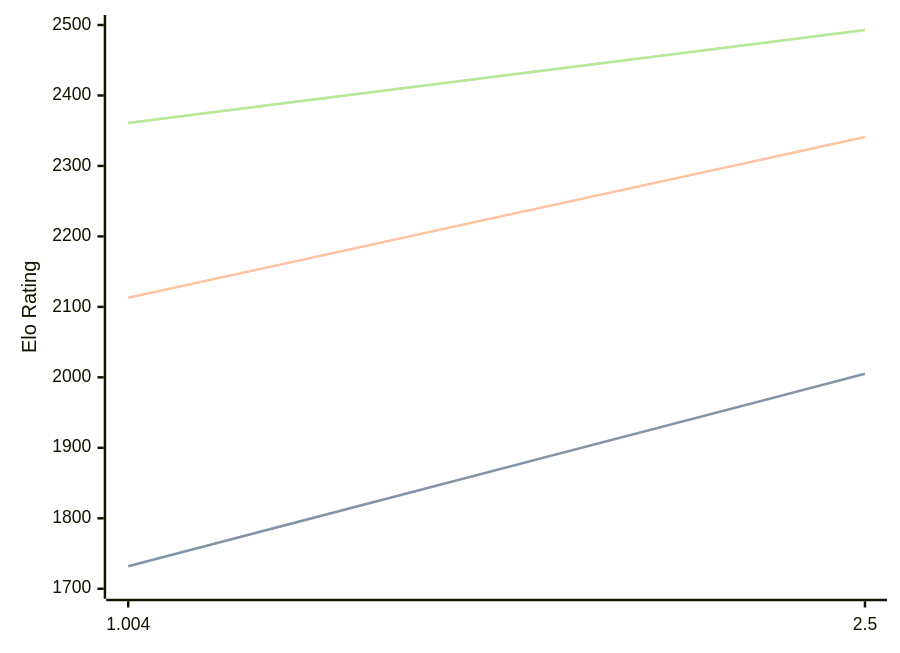
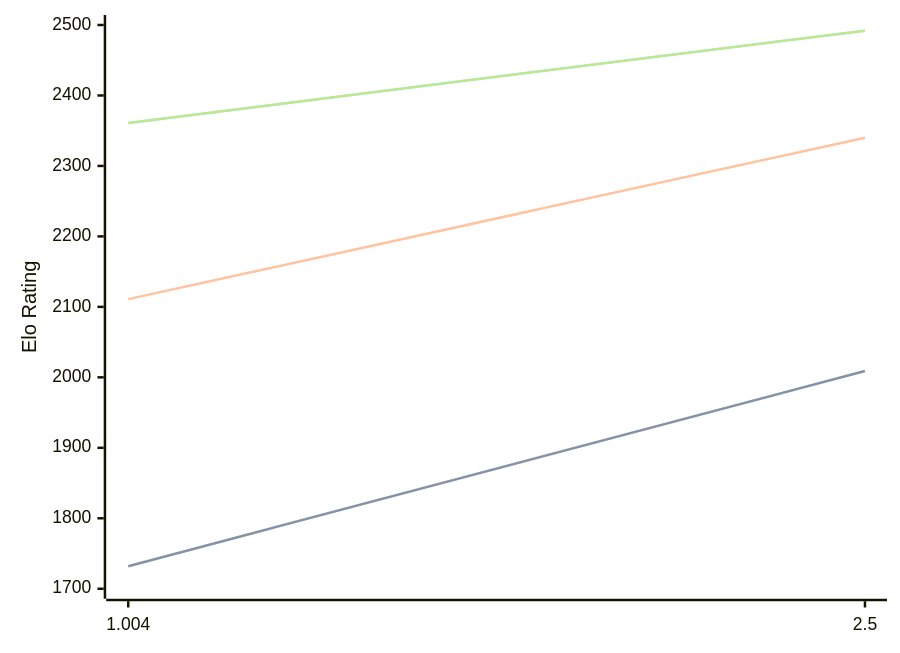
The diagram in engines/Ares.md (computer-chess-index/cci), drawn with Mermaid before and after one commit. The commit also changed other lines of this file, not shown here.

Commit message:
Update CCI Ratings (ELO VLTC) - 2026-03-18

````diff
--- a/engines/Ares.md
+++ b/engines/Ares.md
@@ -30,11 +30,11 @@
 ```mermaid
 %%{init: {"theme":"base","themeVariables":{"seriesColors:['#a3a3a3','#222221','#faa371']}}}%%
 xychart-beta
   x-axis ["1.004", "2.5"]
   y-axis "Elo Rating" 1700 --> 2500
-  line "STC (8.0+0.08s)" [1732, 2005]
-  line "STC (8.0+0.08s)" [1732, 2005]
-  line "LTC (60.0+0.60s)" [2113, 2341]
-  line "VLTC (2m24s+1.12s)" [2361, 2493]
-  line "VLTC (2m24s+1.12s)" [2361, 2493]
+  line "STC (8.0+0.08s)" [1732, 2009]
+  line "STC (8.0+0.08s)" [1732, 2009]
+  line "LTC (60.0+0.60s)" [2111, 2340]
+  line "VLTC (2m24s+1.12s)" [2361, 2492]
+  line "VLTC (2m24s+1.12s)" [2361, 2492]
 ```
````
